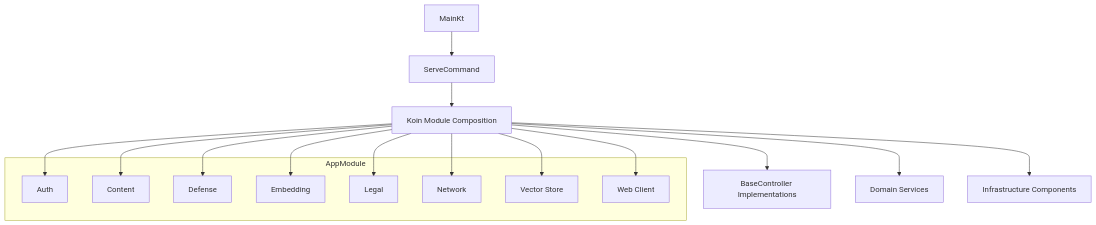
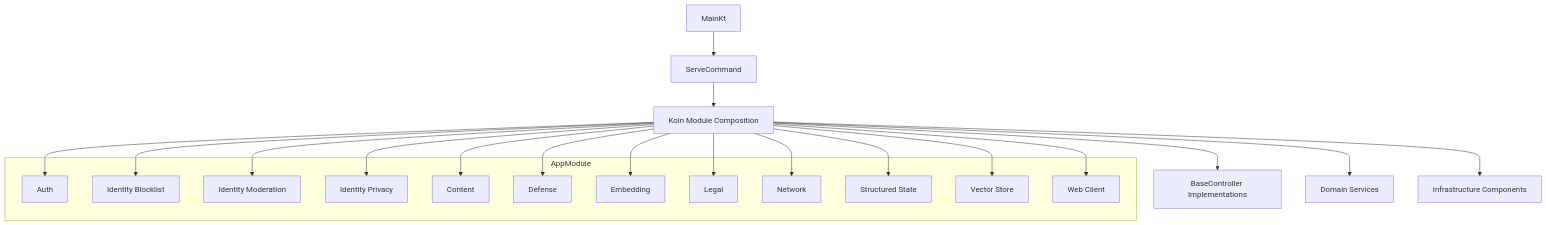
The second of 5 diagrams in spec/Architecture.md (kaiboesefeldt/mosa), drawn with Mermaid before and after one commit. The commit also changed other lines of this file and 190 other files, not shown here.

````diff
--- a/spec/Architecture.md
+++ b/spec/Architecture.md
@@ -81,35 +85,43 @@
 ```mermaid
 flowchart TD
     Main[MainKt]
     Serve[ServeCommand]
     Koin[Koin Module Composition]
     Controllers[BaseController Implementations]
     Services[Domain Services]
     Infra[Infrastructure Components]
 
     Main --> Serve
     Serve --> Koin
     Koin --> Controllers
     Koin --> Services
     Koin --> Infra
 
     subgraph AppModule
         Auth[Auth]
+        Blocklist[Identity Blocklist]
+        Moderation[Identity Moderation]
+        Privacy[Identity Privacy]
         Content[Content]
         Defense[Defense]
         Embedding[Embedding]
         Legal[Legal]
         Network[Network]
+        StructuredState[Structured State]
         Vector[Vector Store]
         Webclient[Web Client]
     end
 
     Koin --> Auth
+    Koin --> Blocklist
+    Koin --> Moderation
+    Koin --> Privacy
     Koin --> Content
     Koin --> Defense
     Koin --> Embedding
     Koin --> Legal
     Koin --> Network
+    Koin --> StructuredState
     Koin --> Vector
     Koin --> Webclient
 ```
````
